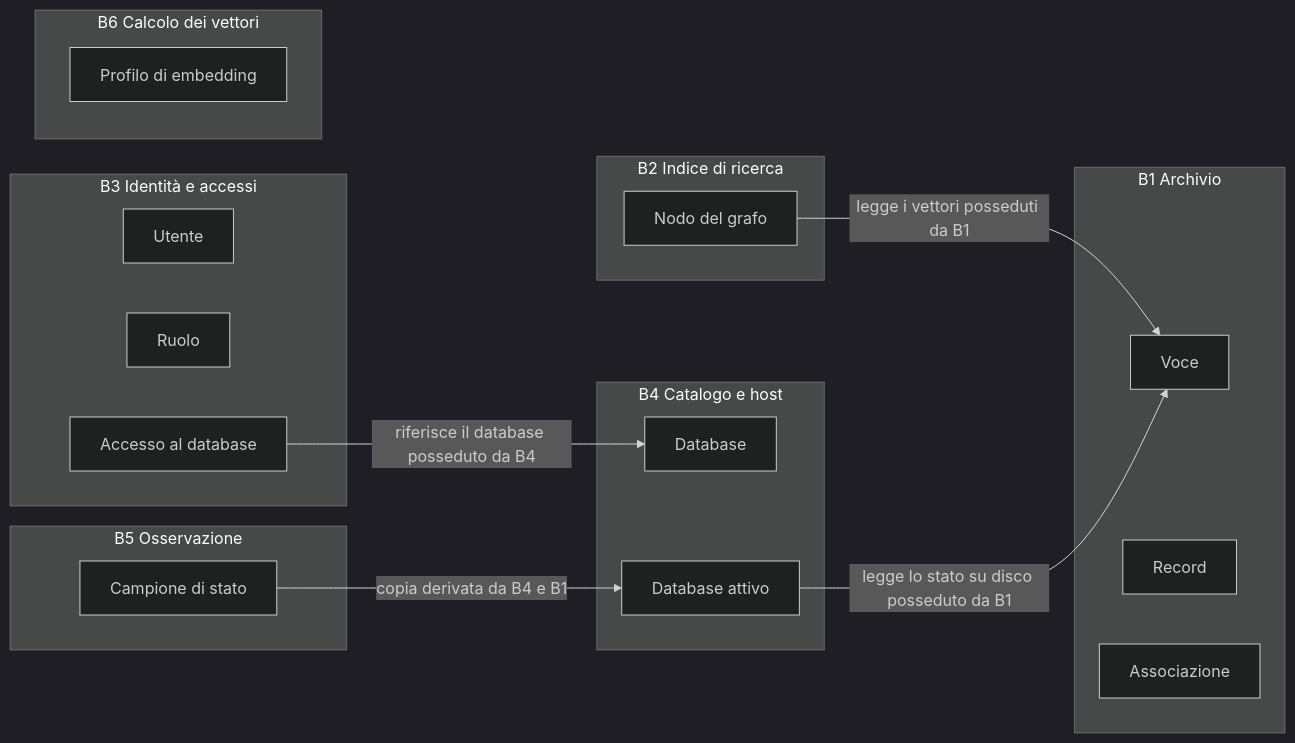
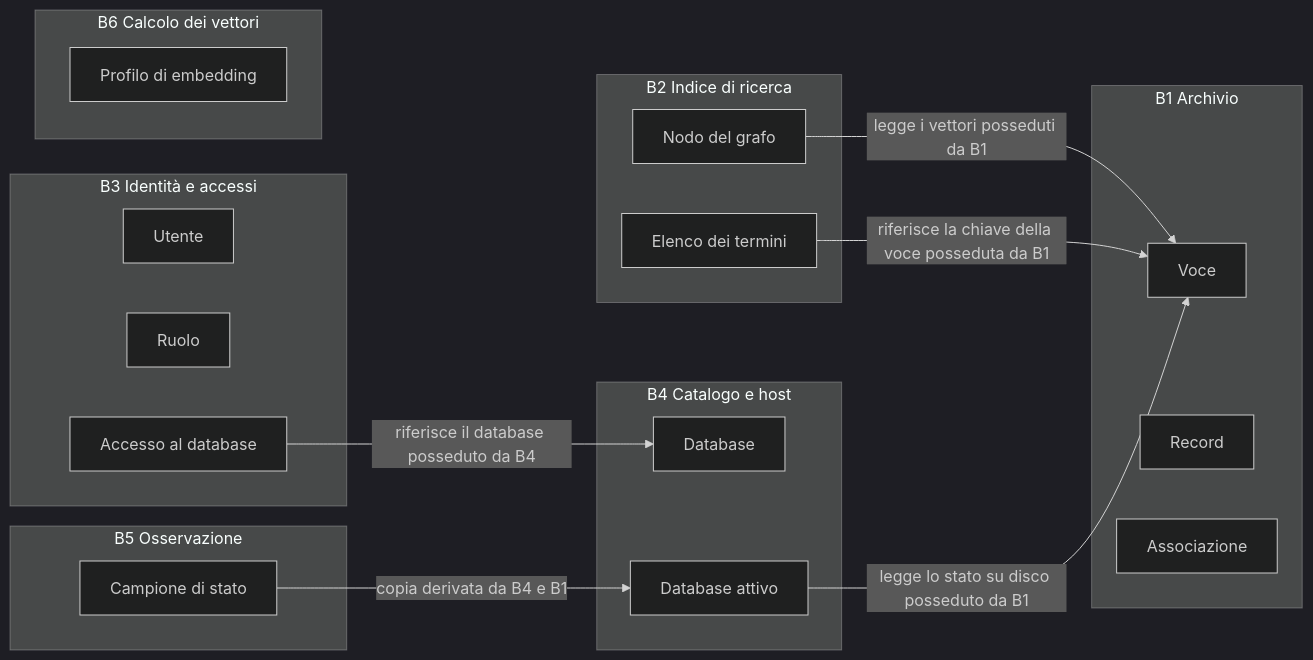
Before and after one commit to ppossanzini/Jigen: the fifth of 54 diagrams in analisys/docs/analysis/diagrams.md, drawn with Mermaid (dark theme). The commit also changed other lines of this file and 73 other files, not shown here.

````diff
--- a/analisys/docs/analysis/diagrams.md
+++ b/analisys/docs/analysis/diagrams.md
@@ -119,30 +136,32 @@
 ```mermaid
 flowchart LR
   subgraph B1["B1 Archivio"]
     VOICE["Voce"]
     RECORD["Record"]
     ASSOC["Associazione"]
   end
   subgraph B2["B2 Indice di ricerca"]
     NODE["Nodo del grafo"]
+    TERM["Elenco dei termini"]
   end
   subgraph B3["B3 Identità e accessi"]
     USER["Utente"]
     ROLE["Ruolo"]
     ACCESS["Accesso al database"]
   end
   subgraph B4["B4 Catalogo e host"]
     DB["Database"]
     ACTIVE["Database attivo"]
   end
   subgraph B5["B5 Osservazione"]
     SAMPLE["Campione di stato"]
   end
   subgraph B6["B6 Calcolo dei vettori"]
     PROFILE["Profilo di embedding"]
   end
   NODE -- "legge i vettori posseduti da B1" --> VOICE
+  TERM -- "riferisce la chiave della voce posseduta da B1" --> VOICE
   ACTIVE -- "legge lo stato su disco posseduto da B1" --> VOICE
   SAMPLE -- "copia derivata da B4 e B1" --> ACTIVE
   ACCESS -- "riferisce il database posseduto da B4" --> DB
 ```
````
